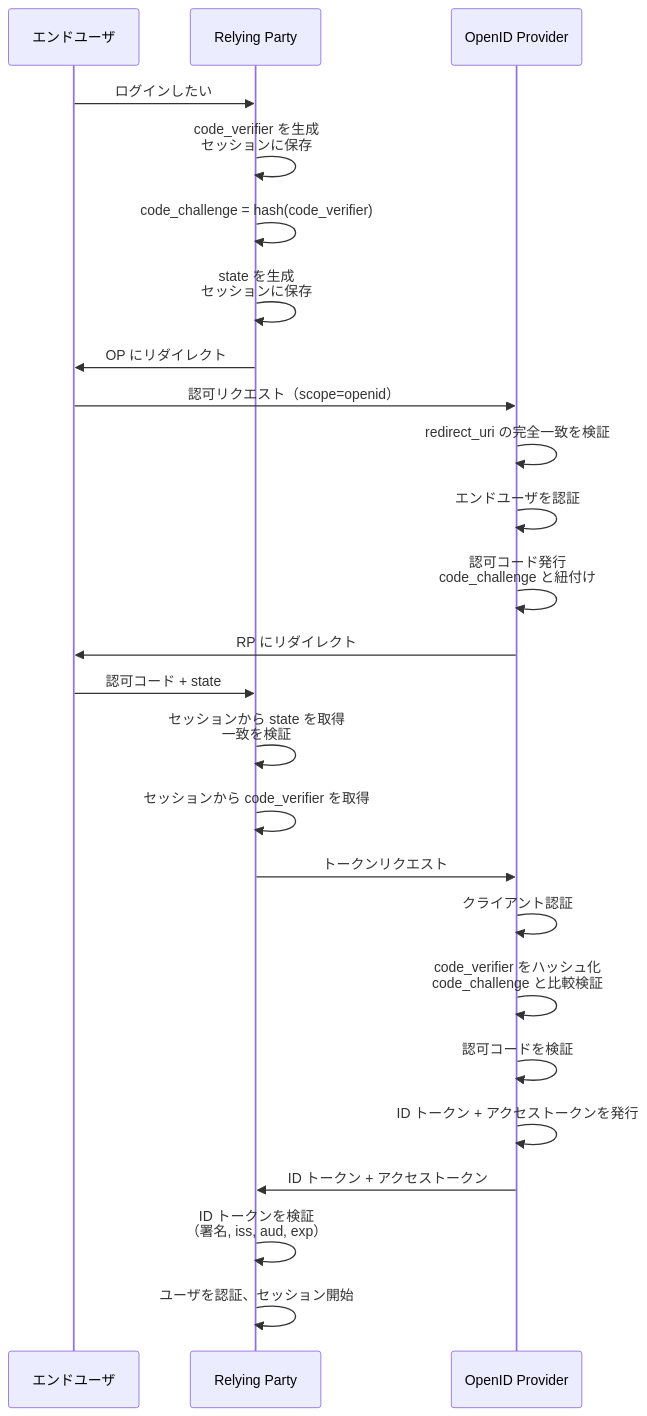
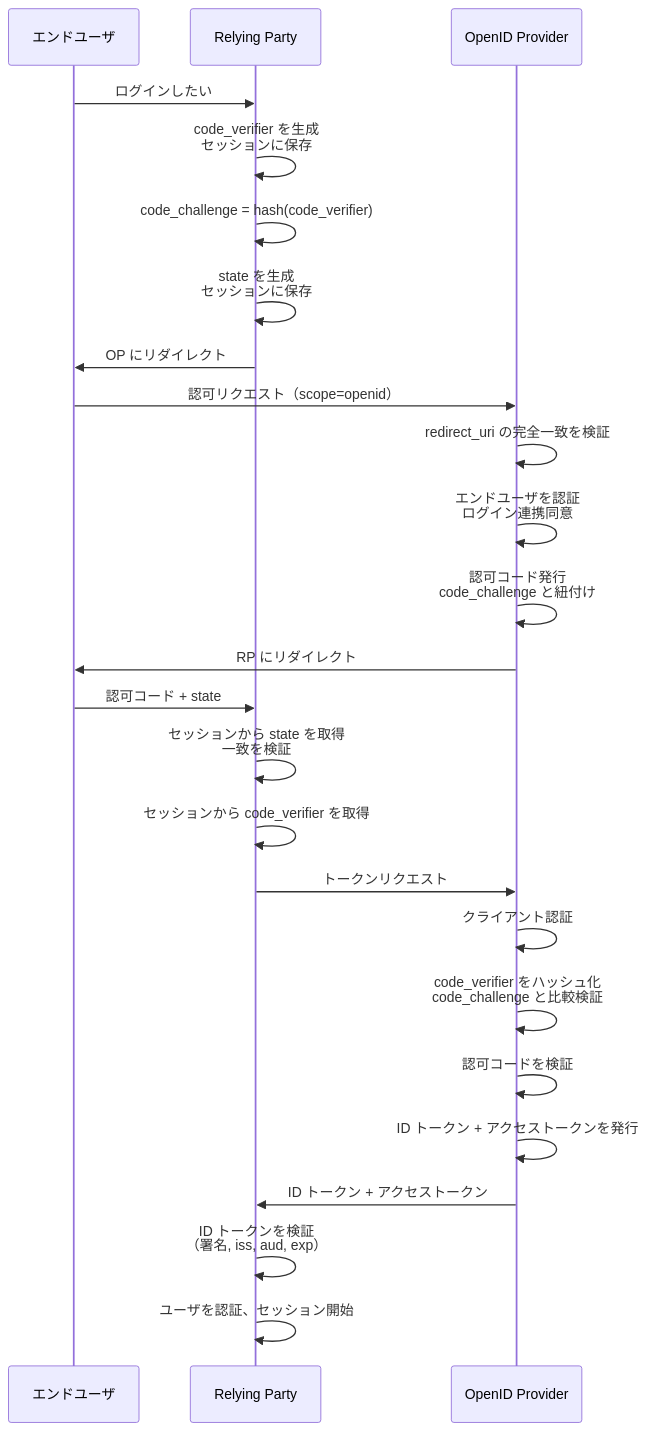
The diagram in books/sikkari-oauth-oidc/26-oidc-complete-flow.md (calloc134/zenn-dir), drawn with Mermaid before and after one commit. The commit also changed 1 other file, not shown here.

Commit message:
フロー解説を揃える

````diff
--- a/books/sikkari-oauth-oidc/26-oidc-complete-flow.md
+++ b/books/sikkari-oauth-oidc/26-oidc-complete-flow.md
@@ -24,28 +24,28 @@
 ```mermaid
 sequenceDiagram
     participant EU as エンドユーザ
     participant RP as Relying Party
     participant OP as OpenID Provider
 
     EU->>RP: ログインしたい
     RP->>RP: code_verifier を生成<br>セッションに保存
     RP->>RP: code_challenge = hash(code_verifier)
     RP->>RP: state を生成<br>セッションに保存
     RP->>EU: OP にリダイレクト
     EU->>OP: 認可リクエスト（scope=openid）
     OP->>OP: redirect_uri の完全一致を検証
-    OP->>OP: エンドユーザを認証
+    OP->>OP: エンドユーザを認証<br>ログイン連携同意
     OP->>OP: 認可コード発行<br>code_challenge と紐付け
     OP->>EU: RP にリダイレクト
     EU->>RP: 認可コード + state
     RP->>RP: セッションから state を取得<br>一致を検証
     RP->>RP: セッションから code_verifier を取得
     RP->>OP: トークンリクエスト
     OP->>OP: クライアント認証
     OP->>OP: code_verifier をハッシュ化<br>code_challenge と比較検証
     OP->>OP: 認可コードを検証
     OP->>OP: ID トークン + アクセストークンを発行
     OP->>RP: ID トークン + アクセストークン
     RP->>RP: ID トークンを検証<br>（署名, iss, aud, exp）
     RP->>RP: ユーザを認証、セッション開始
 ```
````
